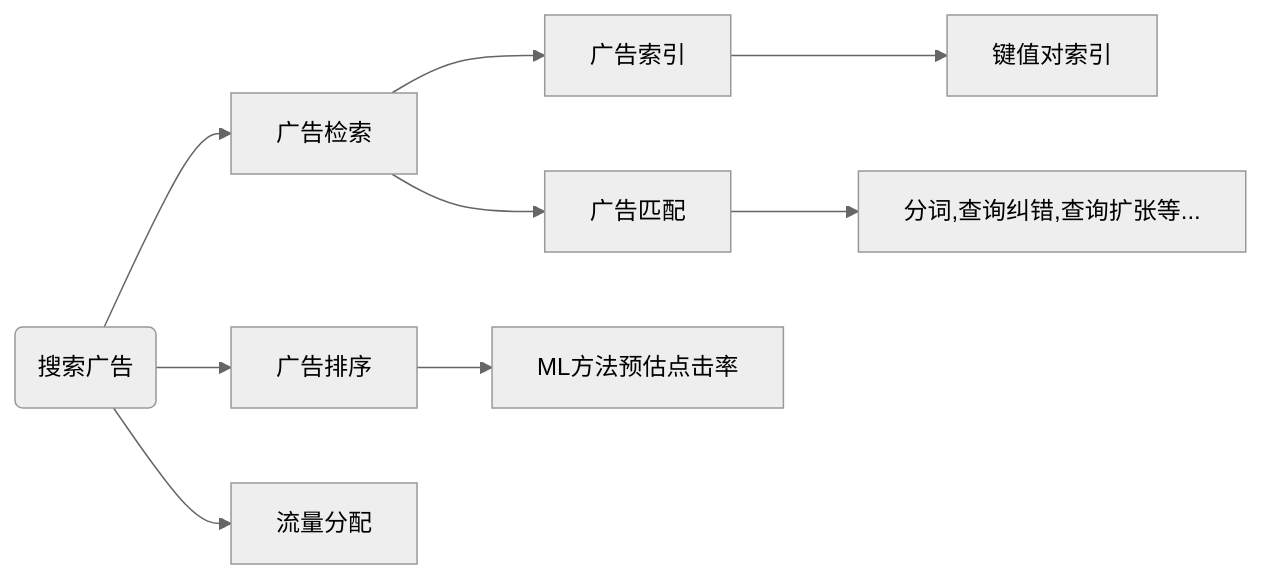
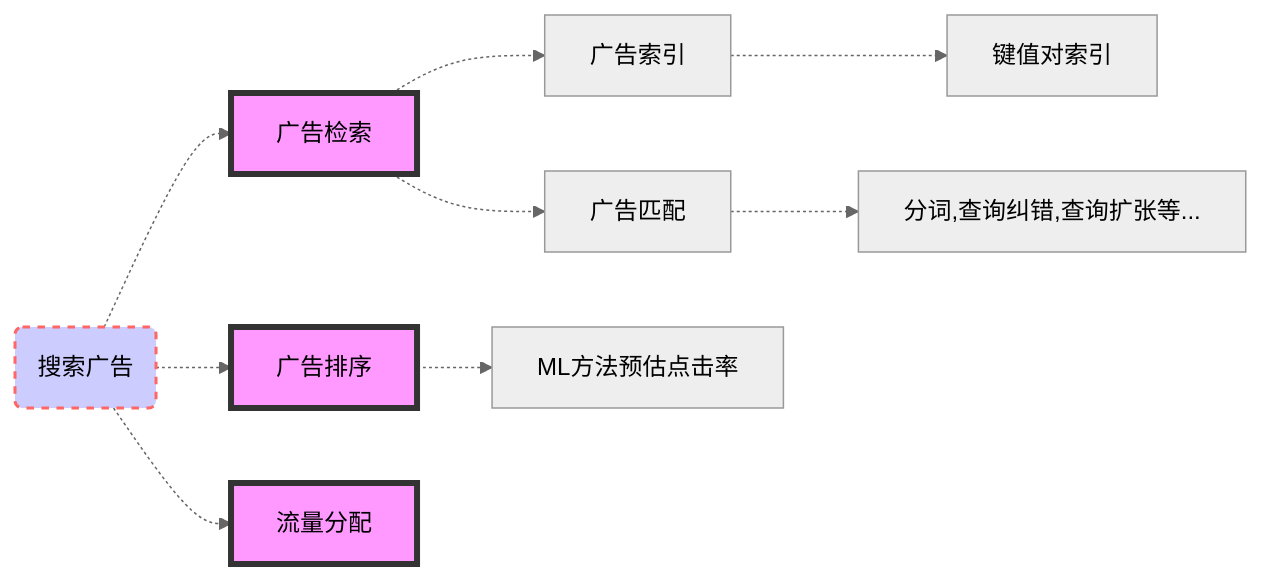
One commit to AmandaChin/AmandaChin.github.io changed the diagram in _posts/2019-05-09-learnotes.md. Above: the diagram before and after it, drawn with Mermaid (neutral theme). The commit also changed other lines of this file and 3 other files, not shown here.

Commit message:
加入mermaid

````diff
--- a/_posts/2019-05-09-learnotes.md
+++ b/_posts/2019-05-09-learnotes.md
@@ -16,11 +16,14 @@
-```mermaid
+<div class="mermaid">
 graph LR;
-　　 A(搜索广告) --> B[广告检索]
-    A --> C[广告排序]
-    A --> D[流量分配]
-    B --> E1[广告索引]
-    B --> E2[广告匹配]
-    C --> H[ML方法预估点击率]
-    E2 --> G[分词,查询纠错,查询扩张等...]
-    E1 --> F[键值对索引]
-```
+　　 A(搜索广告)-.->B[广告检索]
+    A-.->C[广告排序]
+    A-.->D[流量分配]
+    B -.-> E1[广告索引]
+    B -.-> E2[广告匹配]
+    C -.-> H[ML方法预估点击率]
+    E2 -.-> G[分词,查询纠错,查询扩张等...]
+    E1 -.-> F[键值对索引]
+    classDef className fill:#f9f,stroke:#333,stroke-width:4px;
+    class B,C,D className;
+    style A fill:#ccf,stroke:#f66,stroke-width:2px,stroke-dasharray: 5, 5
+</div>
````
